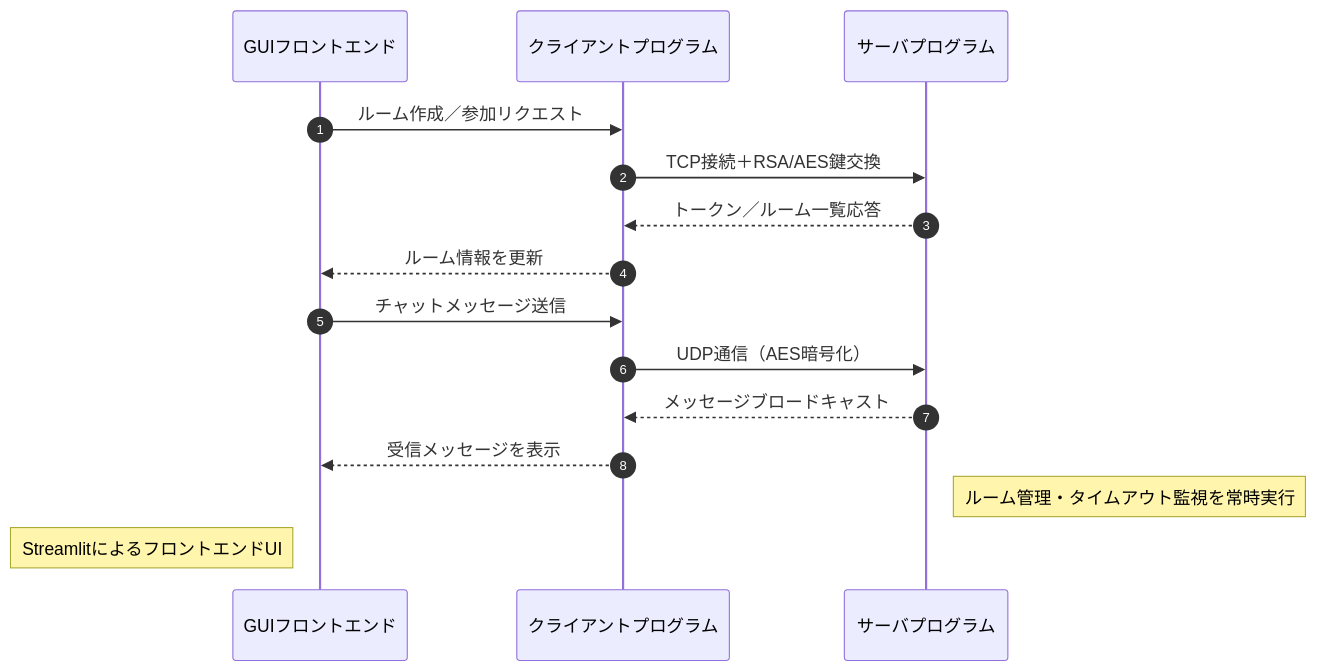
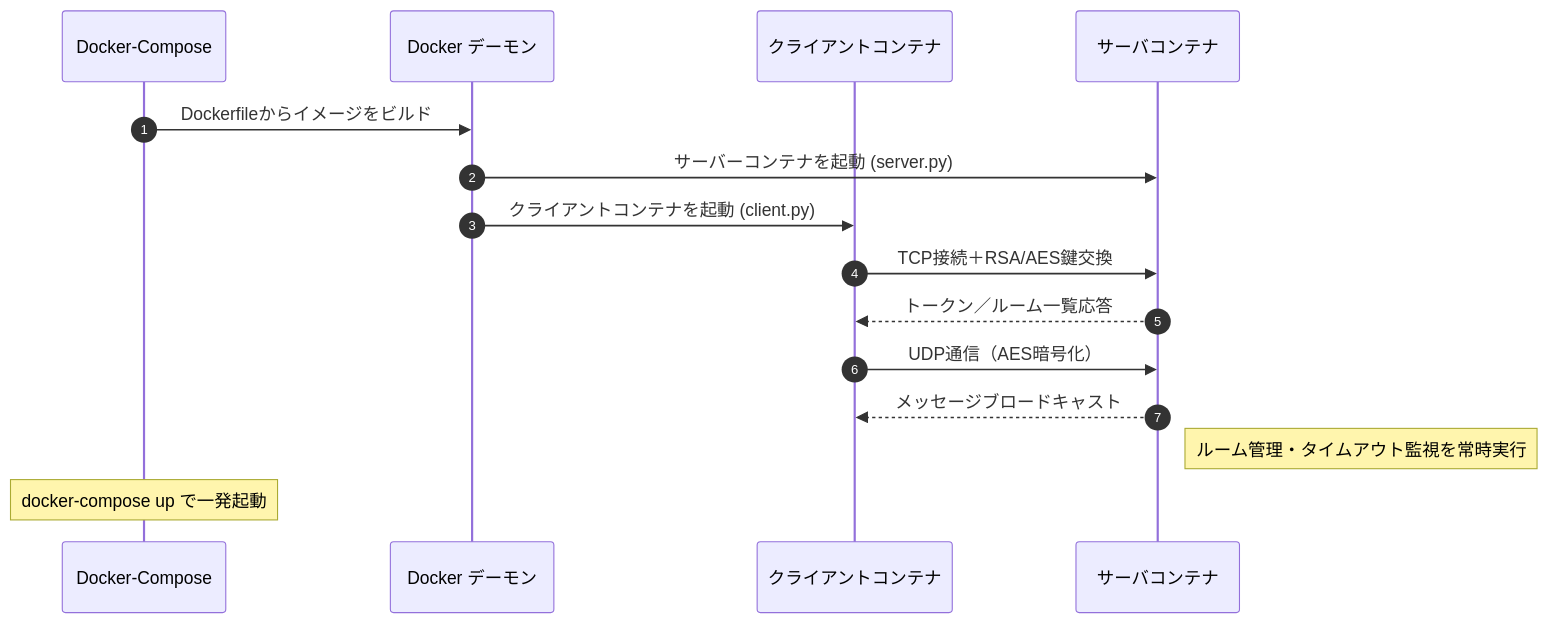
One commit to BackendExplorer/Online-Chat-Service changed the second of 5 diagrams in README.md. Above: the diagram before and after it, drawn with Mermaid. The commit also changed other lines of this file, not shown here.

````diff
--- a/README.md
+++ b/README.md
@@ -247,23 +247,25 @@
 ```mermaid
 sequenceDiagram
     autonumber
-    participant GUI as GUIフロントエンド
-    participant Client as クライアントプログラム
-    participant Server as サーバプログラム
+    participant Compose as Docker-Compose
+    participant Docker as Docker デーモン
+    participant ClientContainer as クライアントコンテナ
+    participant ServerContainer as サーバコンテナ
+
+    %% コンテナ起動フロー
+    Compose ->> Docker: Dockerfileからイメージをビルド
+    Docker ->> ServerContainer: サーバーコンテナを起動 (server.py)
+    Docker ->> ClientContainer: クライアントコンテナを起動 (client.py)
 
     %% メッセージ交換
-    GUI ->> Client: ルーム作成／参加リクエスト
-    Client ->> Server: TCP接続＋RSA/AES鍵交換
-    Server -->> Client: トークン／ルーム一覧応答
-    Client -->> GUI: ルーム情報を更新
+    ClientContainer ->> ServerContainer: TCP接続＋RSA/AES鍵交換
+    ServerContainer -->> ClientContainer: トークン／ルーム一覧応答
+    ClientContainer ->> ServerContainer: UDP通信（AES暗号化）
+    ServerContainer -->> ClientContainer: メッセージブロードキャスト
 
-    GUI ->> Client: チャットメッセージ送信
-    Client ->> Server: UDP通信（AES暗号化）
-    Server -->> Client: メッセージブロードキャスト
-    Client -->> GUI: 受信メッセージを表示
-
-    %% 注釈
-    note right of Server: ルーム管理・タイムアウト監視を常時実行
-    note left of GUI: StreamlitによるフロントエンドUI
+    %% クライアント内フロー (コンテナ内)
+    note right of ServerContainer: ルーム管理・タイムアウト監視を常時実行
+    note over Compose: docker-compose up で一発起動
+    
 
 ```
````
